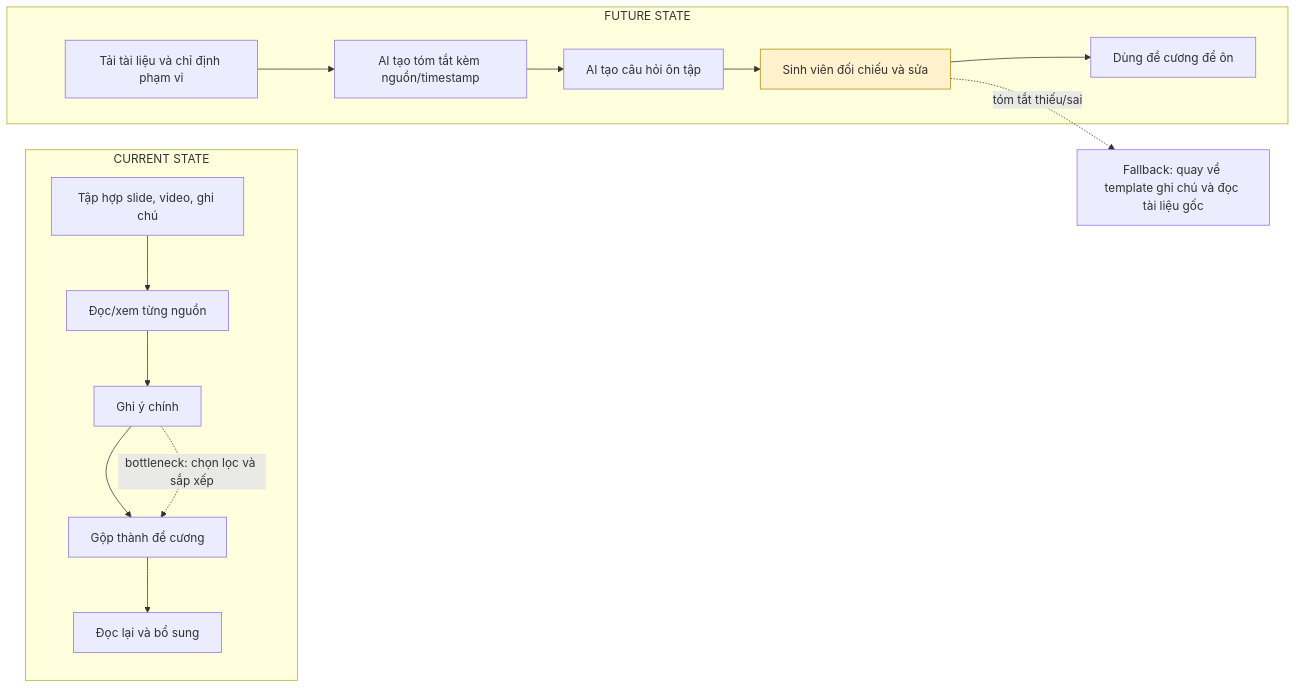
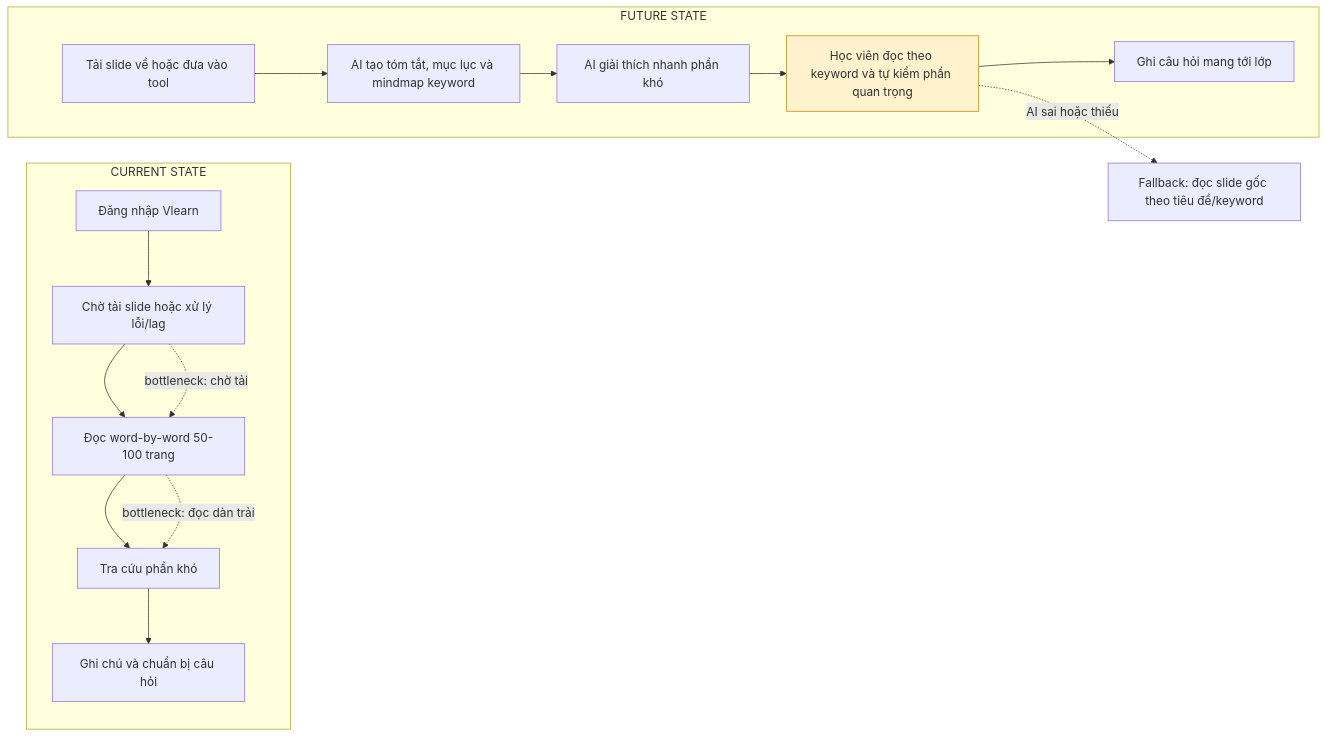
One commit to MinMinhMin/K4A-Day02-2A2026028950-VuDucMinh changed the second of 3 diagrams in 01-individual-problem-scan/individual-report.md. Above: the diagram before and after it, drawn with Mermaid. The commit also changed other lines of this file and 1 other file, not shown here.

````diff
--- a/01-individual-problem-scan/individual-report.md
+++ b/01-individual-problem-scan/individual-report.md
@@ -171,26 +171,27 @@
 ```mermaid
 flowchart LR
     subgraph C[CURRENT STATE]
-        C1[Tập hợp slide, video, ghi chú]
-        C2[Đọc/xem từng nguồn]
-        C3[Ghi ý chính]
-        C4[Gộp thành đề cương]
-        C5[Đọc lại và bổ sung]
+        C1[Đăng nhập Vlearn]
+        C2[Chờ tải slide hoặc xử lý lỗi/lag]
+        C3[Đọc word-by-word 50-100 trang]
+        C4[Tra cứu phần khó]
+        C5[Ghi chú và chuẩn bị câu hỏi]
         C1 --> C2 --> C3 --> C4 --> C5
-        C3 -. "bottleneck: chọn lọc và sắp xếp" .-> C4
+        C2 -. "bottleneck: chờ tải" .-> C3
+        C3 -. "bottleneck: đọc dàn trải" .-> C4
     end
 
     subgraph F[FUTURE STATE]
-        F1[Tải tài liệu và chỉ định phạm vi]
-        F2[AI tạo tóm tắt kèm nguồn/timestamp]
-        F3[AI tạo câu hỏi ôn tập]
-        F4[Sinh viên đối chiếu và sửa]
-        F5[Dùng đề cương để ôn]
+        F1[Tải slide về hoặc đưa vào tool]
+        F2[AI tạo tóm tắt, mục lục và mindmap keyword]
+        F3[AI giải thích nhanh phần khó]
+        F4[Học viên đọc theo keyword và tự kiểm phần quan trọng]
+        F5[Ghi câu hỏi mang tới lớp]
         F1 --> F2 --> F3 --> F4 --> F5
         F4:::human
     end
 
-    Fallback[Fallback: quay về template ghi chú và đọc tài liệu gốc]
-    F4 -. "tóm tắt thiếu/sai" .-> Fallback
+    Fallback[Fallback: đọc slide gốc theo tiêu đề/keyword]
+    F4 -. "AI sai hoặc thiếu" .-> Fallback
     classDef human fill:#fff2cc,stroke:#b8860b
 ```
````
